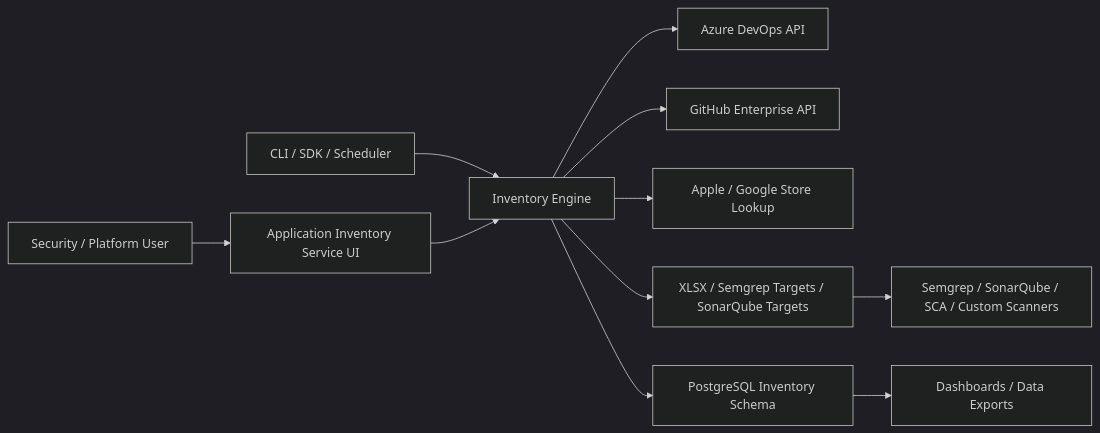
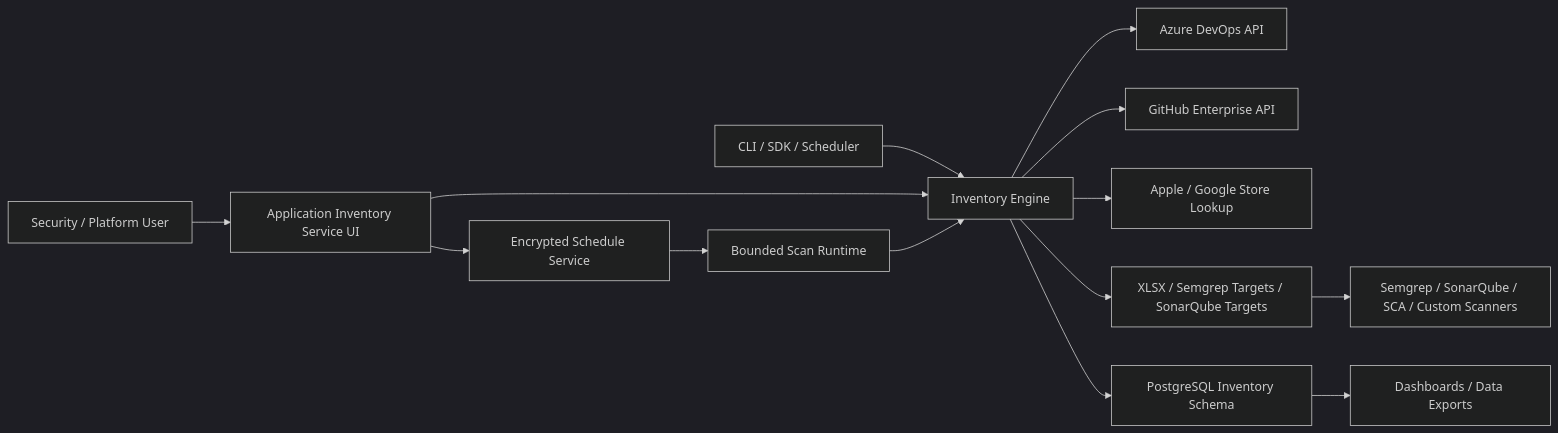
One commit to h0p3sf4ll/application-inventory-service changed the diagram in docs/ARCHITECTURE.md. Above: the diagram before and after it, drawn with Mermaid (dark theme). The commit also changed other lines of this file and 45 other files, not shown here.

````diff
--- a/docs/ARCHITECTURE.md
+++ b/docs/ARCHITECTURE.md
@@ -5,13 +5,16 @@
 ```mermaid
 flowchart LR
   User["Security / Platform User"] --> UI["Application Inventory Service UI"]
   Automation["CLI / SDK / Scheduler"] --> Core["Inventory Engine"]
   UI --> Core
+  UI --> Scheduler["Encrypted Schedule Service"]
+  Scheduler --> Runtime["Bounded Scan Runtime"]
+  Runtime --> Core
   Core --> ADO["Azure DevOps API"]
   Core --> GHE["GitHub Enterprise API"]
   Core --> Stores["Apple / Google Store Lookup"]
   Core --> Reports["XLSX / Semgrep Targets / SonarQube Targets"]
   Core --> DB["PostgreSQL Inventory Schema"]
   Reports --> Scanners["Semgrep / SonarQube / SCA / Custom Scanners"]
   DB --> BI["Dashboards / Data Exports"]
 ```
````
